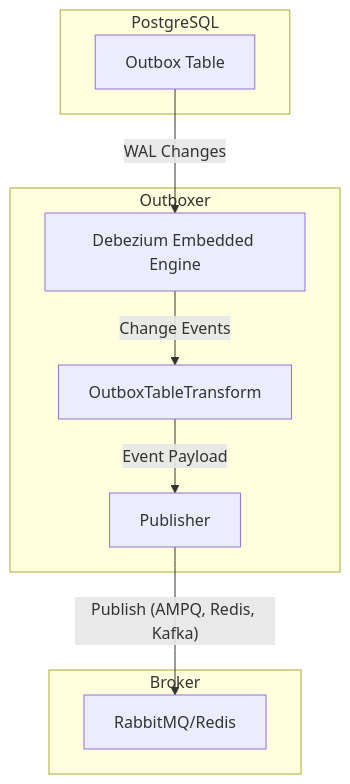
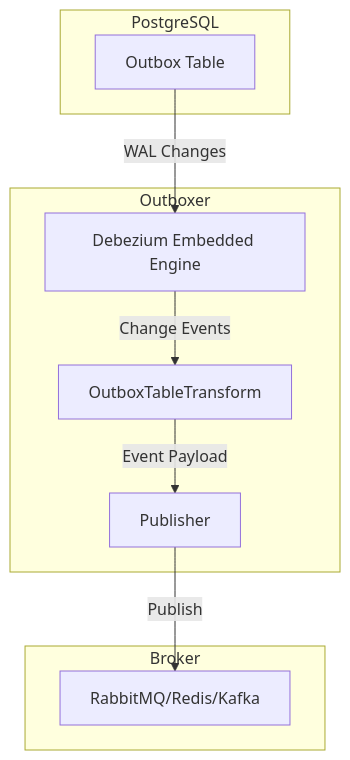
One commit to sdg7onado/Outboxer-Proxima-Postgres2AMPQ-Kafka-Redis changed the diagram in README.md. Above: the diagram before and after it, drawn with Mermaid.

Commit message:
Update README.md: Modify flowchart to reflect publisher output as "RabbitMQ/Redis/Kafka" and simplify publish step

````diff
--- a/README.md
+++ b/README.md
@@ -166,18 +166,18 @@
 ```mermaid
 flowchart TD
     subgraph PostgreSQL
         A[Outbox Table]
     end
     subgraph Outboxer
         B[Debezium Embedded Engine]
         C[OutboxTableTransform]
         D[Publisher]
     end
     subgraph Broker
-        E[RabbitMQ/Redis]
+        E[RabbitMQ/Redis/Kafka]
     end
     A -- WAL Changes --> B
     B -- Change Events --> C
     C -- Event Payload --> D
-    D -- Publish (AMPQ, Redis, Kafka) --> E
+    D -- Publish --> E
 ```
````
